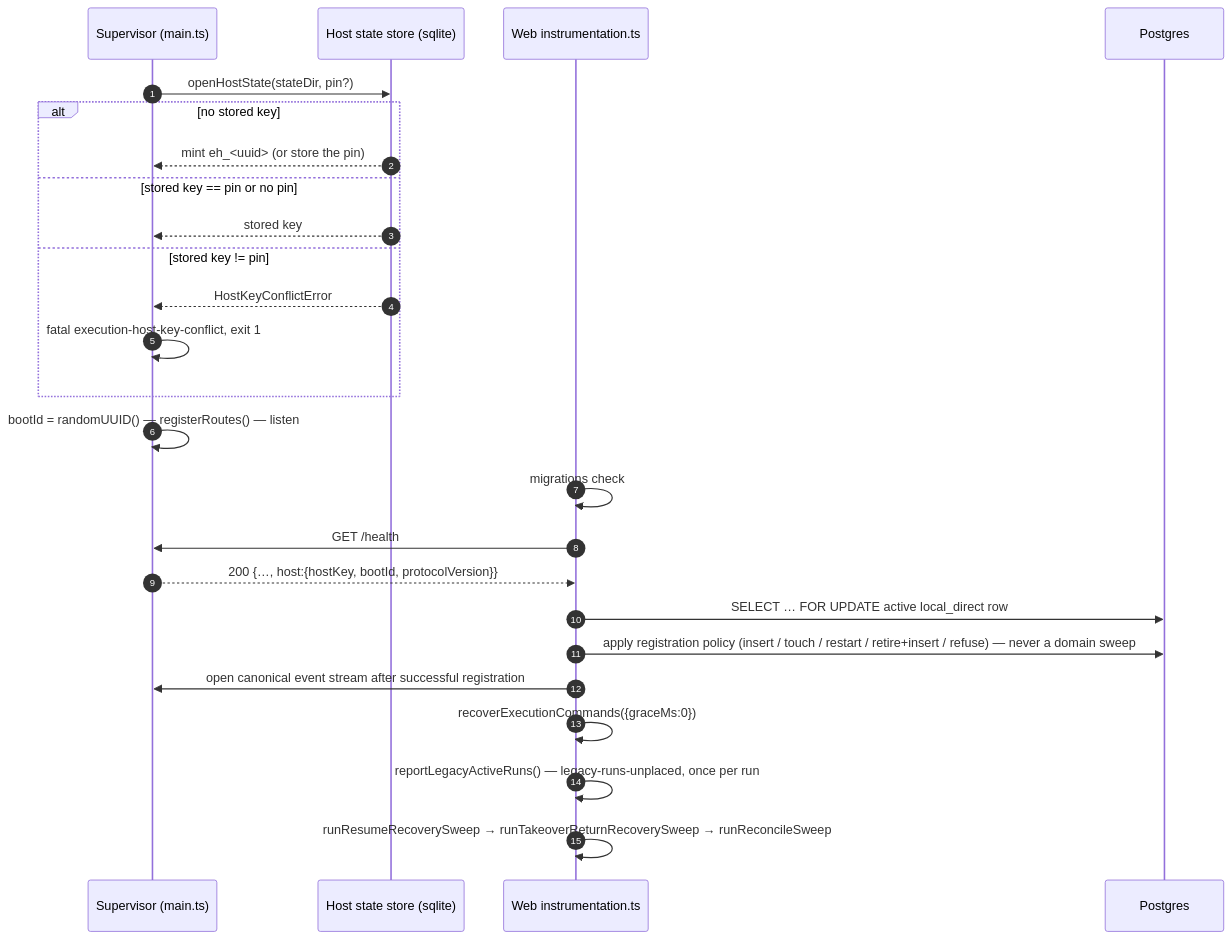
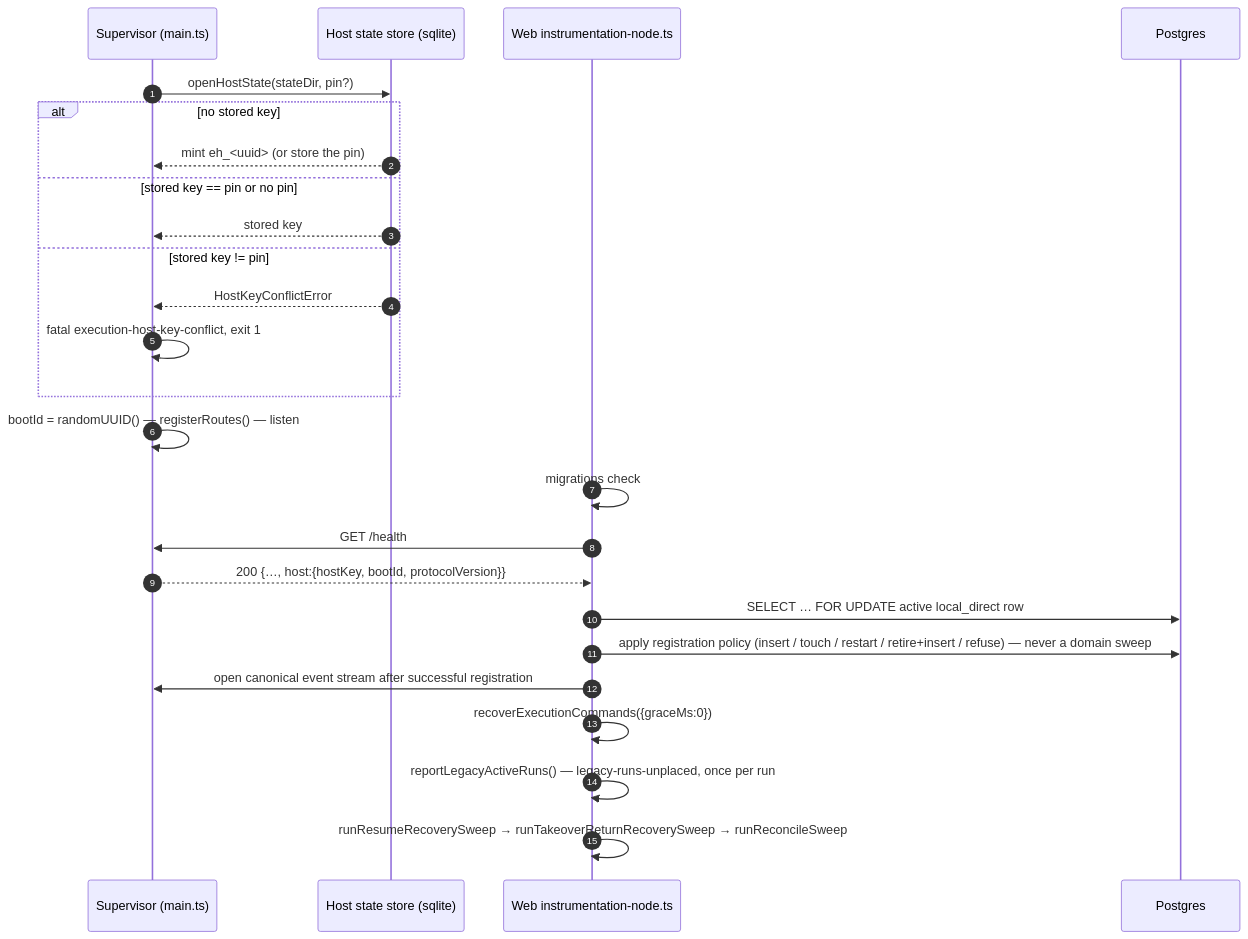
One commit to maister-dev/maister changed the fourth of 10 diagrams in docs/system-analytics/execution-hosts.md. Above: the diagram before and after it, drawn with Mermaid. The commit also changed 7 other files, not shown here.

````diff
--- a/docs/system-analytics/execution-hosts.md
+++ b/docs/system-analytics/execution-hosts.md
@@ -222,27 +222,27 @@
 ```mermaid
 sequenceDiagram
     autonumber
     participant SUP as Supervisor (main.ts)
     participant ST as Host state store (sqlite)
-    participant WEB as Web instrumentation.ts
+    participant WEB as Web instrumentation-node.ts
     participant PG as Postgres
     SUP->>ST: openHostState(stateDir, pin?)
     alt no stored key
         ST-->>SUP: mint eh_<uuid> (or store the pin)
     else stored key == pin or no pin
         ST-->>SUP: stored key
     else stored key != pin
         ST-->>SUP: HostKeyConflictError
         SUP->>SUP: fatal execution-host-key-conflict, exit 1
     end
     SUP->>SUP: bootId = randomUUID() — registerRoutes() — listen
     WEB->>WEB: migrations check
     WEB->>SUP: GET /health
     SUP-->>WEB: 200 {…, host:{hostKey, bootId, protocolVersion}}
     WEB->>PG: SELECT … FOR UPDATE active local_direct row
     WEB->>PG: apply registration policy (insert / touch / restart / retire+insert / refuse) — never a domain sweep
     WEB->>SUP: open canonical event stream after successful registration
     WEB->>WEB: recoverExecutionCommands({graceMs:0})
     WEB->>WEB: reportLegacyActiveRuns() — legacy-runs-unplaced, once per run
     WEB->>WEB: runResumeRecoverySweep → runTakeoverReturnRecoverySweep → runReconcileSweep
 ```
````
